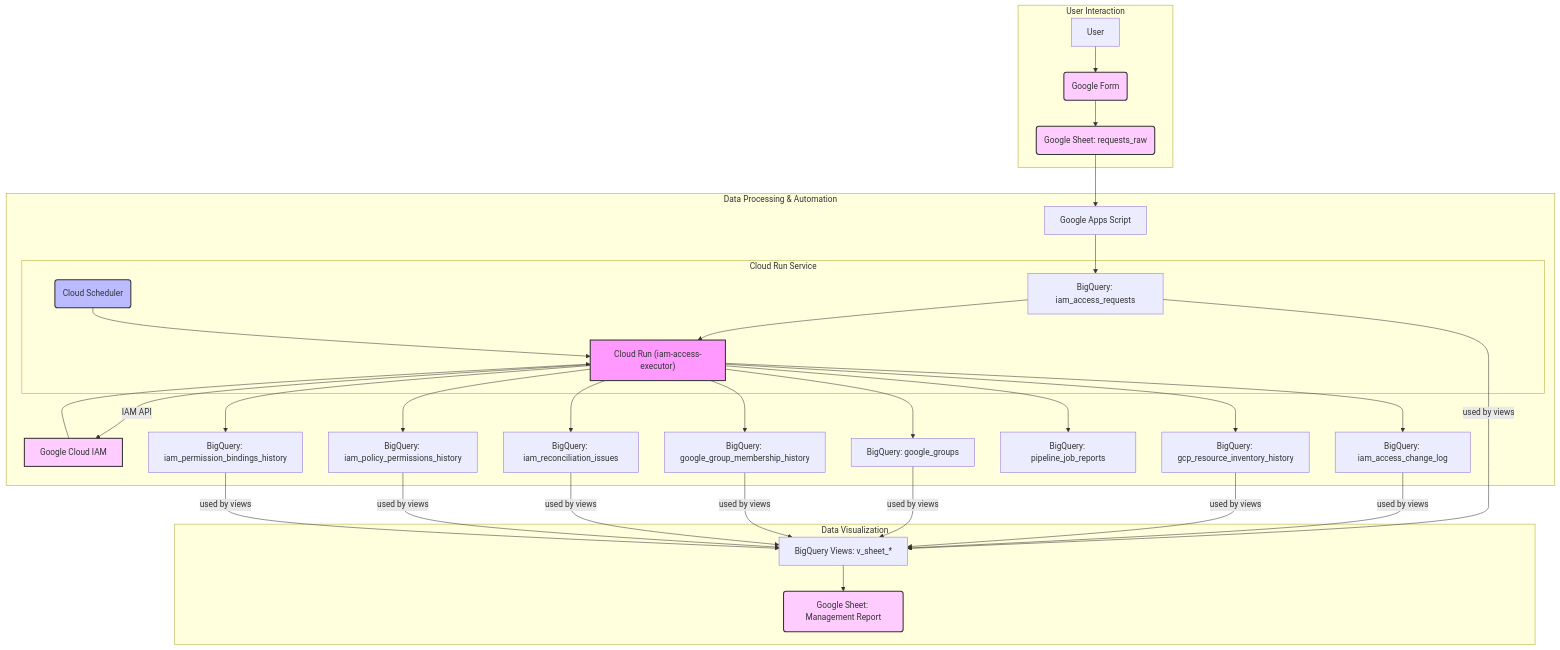
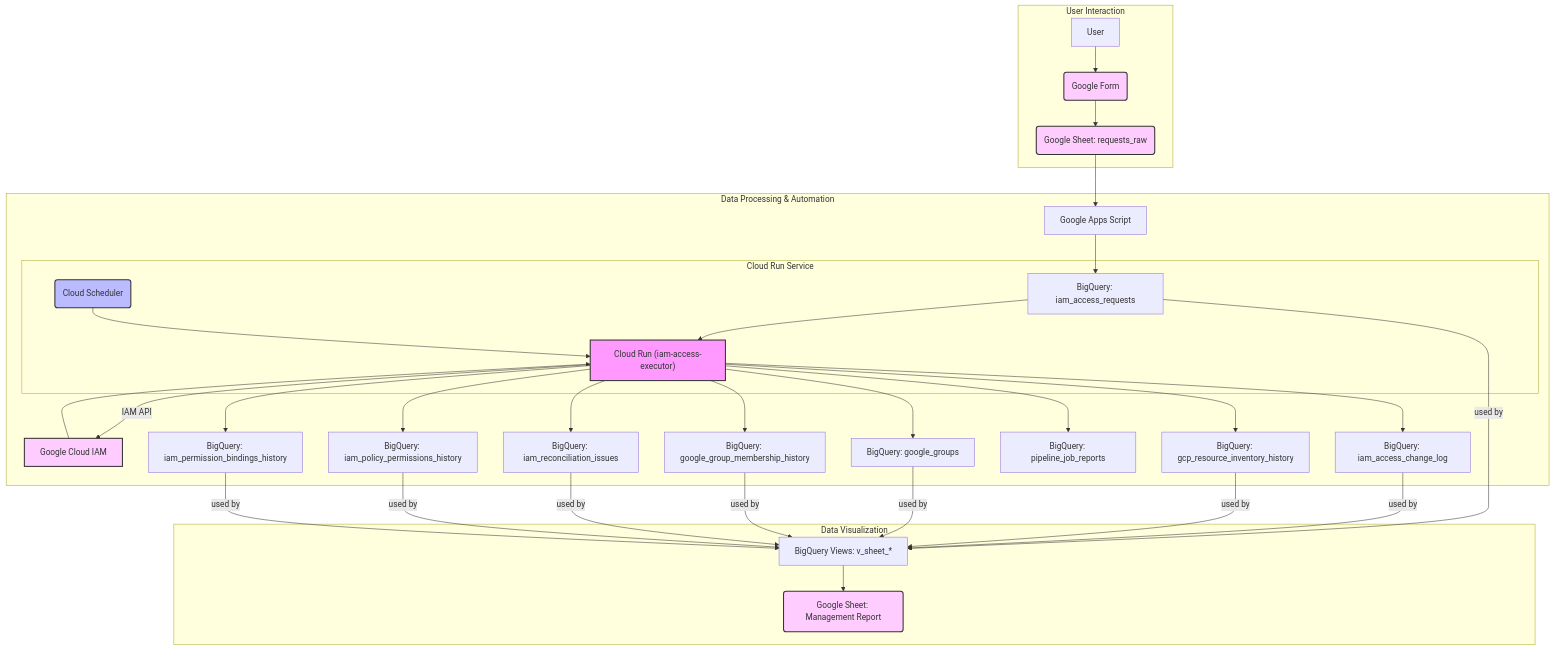
One commit to ea-Mitsuoka/cloud-access-manager changed the diagram in README.md. Above: the diagram before and after it, drawn with Mermaid.

Commit message:
docs: Refactor Mermaid diagram to fix rendering issue
The architecture diagram in README.md was too wide, causing rendering
errors on GitHub.

This commit refactors the Mermaid diagram to have a more vertical
layout, ensuring it renders correctly.

````diff
--- a/README.md
+++ b/README.md
@@ -20,48 +20,49 @@
 ```mermaid
 graph TD
     subgraph "User Interaction"
-        A[User] --> B("Google Form")
-        B --> C("Google Sheet: requests_raw")
+        A[User] --> B("Google Form");
+        B --> C("Google Sheet: requests_raw");
     end
 
     subgraph "Data Processing & Automation"
-        C --> D["Google Apps Script"]
-        D --> E["BigQuery: iam_access_requests"]
+        C --> D["Google Apps Script"];
+        D --> E["BigQuery: iam_access_requests"];
 
         subgraph "Cloud Run Service"
-            CR["Cloud Run (iam-access-executor)"]
-            E --> CR
-            F("Cloud Scheduler") --> CR
+            CR["Cloud Run (iam-access-executor)"];
+            E --> CR;
+            F("Cloud Scheduler") --> CR;
         end
 
-        CR -- "IAM API" --> G["Google Cloud IAM"]
-        G --> CR
-        CR --> H["BigQuery: iam_access_change_log"]
-        CR --> I["BigQuery: gcp_resource_inventory_history"]
-        CR --> J["BigQuery: google_groups"]
-        CR --> K["BigQuery: google_group_membership_history"]
-        CR --> L["BigQuery: iam_reconciliation_issues"]
-        CR --> M["BigQuery: pipeline_job_reports"]
-        CR --> N["BigQuery: iam_policy_permissions_history"]
-        CR --> O["BigQuery: iam_permission_bindings_history"]
+        CR -- "IAM API" --> G["Google Cloud IAM"];
+        G --> CR;
+        
+        CR --> H["BigQuery: iam_access_change_log"];
+        CR --> I["BigQuery: gcp_resource_inventory_history"];
+        CR --> J["BigQuery: google_groups"];
+        CR --> K["BigQuery: google_group_membership_history"];
+        CR --> L["BigQuery: iam_reconciliation_issues"];
+        CR --> M["BigQuery: pipeline_job_reports"];
+        CR --> N["BigQuery: iam_policy_permissions_history"];
+        CR --> O["BigQuery: iam_permission_bindings_history"];
     end
 
     subgraph "Data Visualization"
-        P["BigQuery Views: v_sheet_*"] --> Q("Google Sheet: Management Report")
-        E -- "used by views" --> P
-        H -- "used by views" --> P
-        I -- "used by views" --> P
-        J -- "used by views" --> P
-        K -- "used by views" --> P
-        L -- "used by views" --> P
-        N -- "used by views" --> P
-        O -- "used by views" --> P
+        P["BigQuery Views: v_sheet_*"] --> Q("Google Sheet: Management Report");
+        E -- "used by" --> P;
+        H -- "used by" --> P;
+        I -- "used by" --> P;
+        J -- "used by" --> P;
+        K -- "used by" --> P;
+        L -- "used by" --> P;
+        N -- "used by" --> P;
+        O -- "used by" --> P;
     end
 
     style CR fill:#f9f,stroke:#333,stroke-width:2px
     style F fill:#bbf,stroke:#333,stroke-width:2px
     style G fill:#fcf,stroke:#333,stroke-width:2px
     style B fill:#fcf,stroke:#333,stroke-width:2px
     style C fill:#fcf,stroke:#333,stroke-width:2px
     style Q fill:#fcf,stroke:#333,stroke-width:2px
 ```
````
